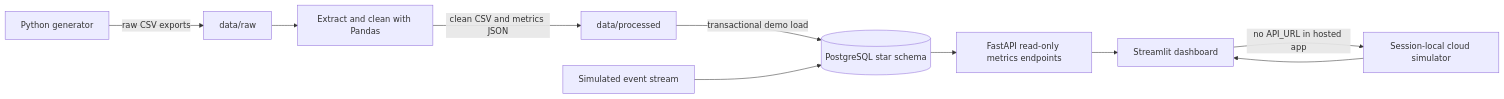
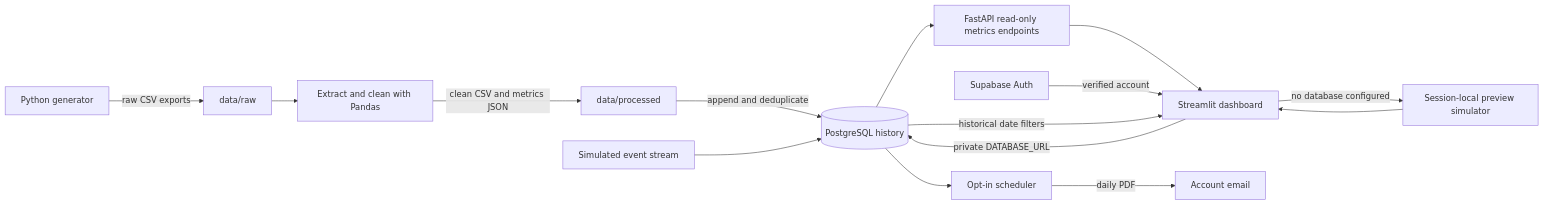
The diagram in docs/architecture.md (satkmsk9618/assembly-line-data-pipeline), drawn with Mermaid before and after one commit. The commit also changed other lines of this file and 21 other files, not shown here.

Commit message:
Add accounts, historical reports, and opt-in PDF email

````diff
--- a/docs/architecture.md
+++ b/docs/architecture.md
@@ -3,12 +3,17 @@
 ```mermaid
 flowchart LR
   A[Python generator] -->|raw CSV exports| B[data/raw]
   B --> C[Extract and clean with Pandas]
   C -->|clean CSV and metrics JSON| D[data/processed]
-  D -->|transactional demo load| E[(PostgreSQL star schema)]
+  D -->|append and deduplicate| E[(PostgreSQL history)]
   H[Simulated event stream] --> E
   E --> F[FastAPI read-only metrics endpoints]
   F --> G[Streamlit dashboard]
-  G -->|no API_URL in hosted app| H2[Session-local cloud simulator]
+  G -->|no database configured| H2[Session-local preview simulator]
   H2 --> G
+  I[Supabase Auth] -->|verified account| G
+  G -->|private DATABASE_URL| E
+  E -->|historical date filters| G
+  E --> J[Opt-in scheduler]
+  J -->|daily PDF| K[Account email]
 ```
````
